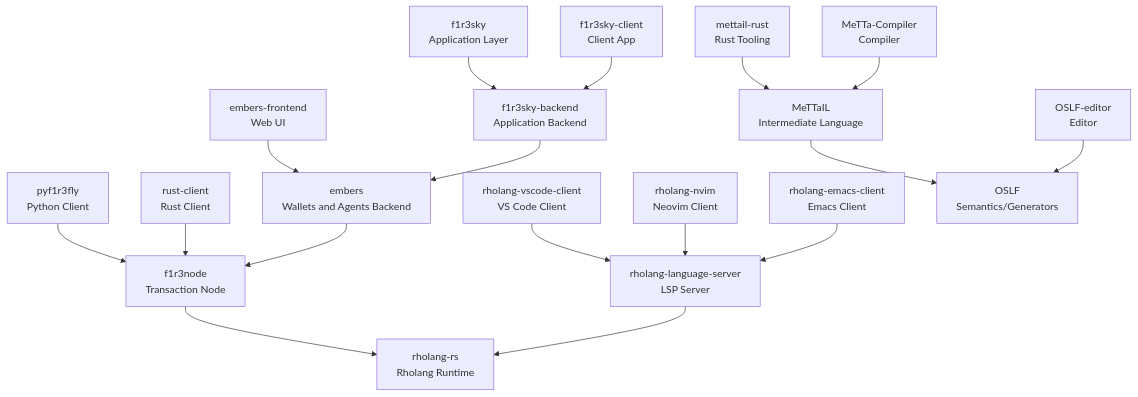
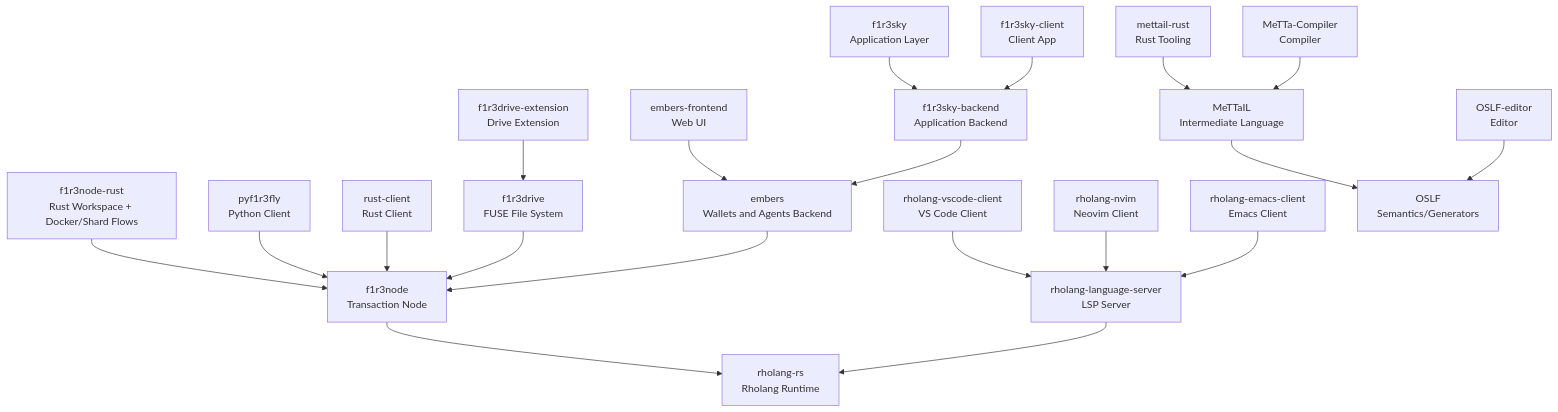
The diagram in docs/Cross_Project_Dependencies.md (F1R3FLY-io/.github), drawn with Mermaid before and after one commit. The commit also changed other lines of this file and 5 other files, not shown here.

````diff
--- a/docs/Cross_Project_Dependencies.md
+++ b/docs/Cross_Project_Dependencies.md
@@ -15,25 +15,28 @@
 ```mermaid
 graph TD
     f1r3node[f1r3node<br/>Transaction Node] --> rholang_rs[rholang-rs<br/>Rholang Runtime]
+    f1r3node_rust[f1r3node-rust<br/>Rust Workspace + Docker/Shard Flows] --> f1r3node
 
     pyf1r3fly[pyf1r3fly<br/>Python Client] --> f1r3node
     rust_client[rust-client<br/>Rust Client] --> f1r3node
+    f1r3drive[f1r3drive<br/>FUSE File System] --> f1r3node
+    f1r3drive_extension[f1r3drive-extension<br/>Drive Extension] --> f1r3drive
 
     embers[embers<br/>Wallets and Agents Backend] --> f1r3node
     embers_frontend[embers-frontend<br/>Web UI] --> embers
 
     f1r3sky_backend[f1r3sky-backend<br/>Application Backend] --> embers
     f1r3sky[f1r3sky<br/>Application Layer] --> f1r3sky_backend
     f1r3sky_client[f1r3sky-client<br/>Client App] --> f1r3sky_backend
 
     rholang_lsp[rholang-language-server<br/>LSP Server] --> rholang_rs
     rholang_vscode[rholang-vscode-client<br/>VS Code Client] --> rholang_lsp
     rholang_nvim[rholang-nvim<br/>Neovim Client] --> rholang_lsp
     rholang_emacs[rholang-emacs-client<br/>Emacs Client] --> rholang_lsp
 
     mettail[MeTTaIL<br/>Intermediate Language] --> oslf[OSLF<br/>Semantics/Generators]
     mettail_rust[mettail-rust<br/>Rust Tooling] --> mettail
     metta_compiler[MeTTa-Compiler<br/>Compiler] --> mettail
 
     oslf_editor[OSLF-editor<br/>Editor] --> oslf
 ```
````
